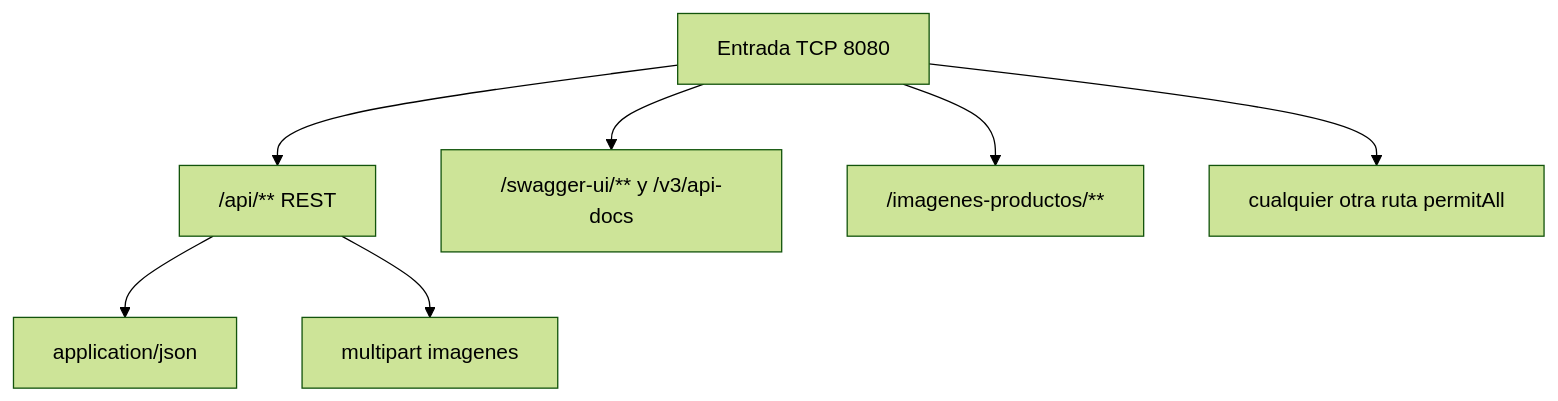
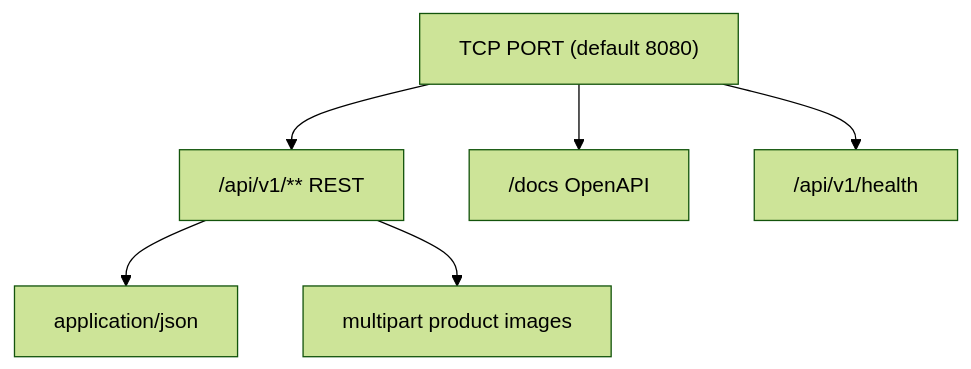
One commit to julianmeoficial/minimalecommerceapi changed the third of 5 diagrams in docs/04-CONEXIONES.md. Above: the diagram before and after it, drawn with Mermaid (forest theme). The commit also changed other lines of this file and 19 other files, not shown here.

````diff
--- a/docs/04-CONEXIONES.md
+++ b/docs/04-CONEXIONES.md
@@ -45,11 +39,10 @@
 ```mermaid
 flowchart TB
-  In["Entrada TCP 8080"]
-  In --> Api["/api/** REST"]
-  In --> Docs["/swagger-ui/** y /v3/api-docs"]
-  In --> Img["/imagenes-productos/**"]
-  In --> Other["cualquier otra ruta permitAll"]
+  In["TCP PORT (default 8080)"]
+  In --> Api["/api/v1/** REST"]
+  In --> Docs["/docs OpenAPI"]
+  In --> Health["/api/v1/health"]
 
   Api --> JSON["application/json"]
-  Api --> MP["multipart imagenes"]
+  Api --> MP["multipart product images"]
 ```
````
